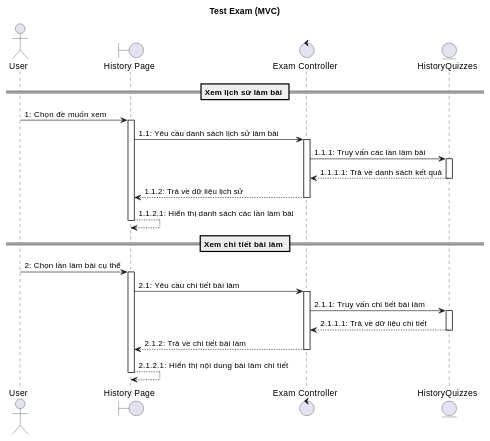
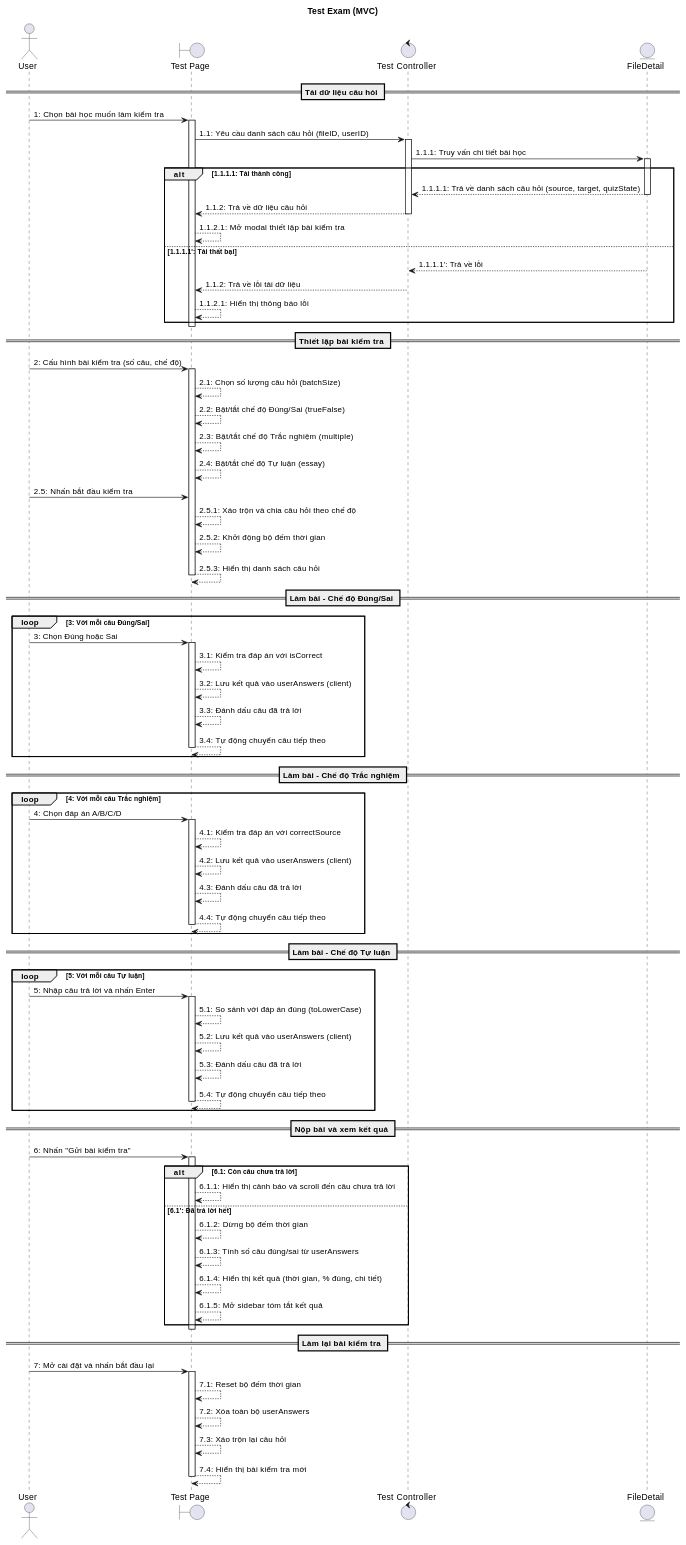
One commit to quangnguyen11111111/LearnFast changed the sixth of 10 diagrams in readmeSequence.md. Above: the diagram before and after it, drawn with PlantUML. The commit also changed other lines of this file and 1 other file, not shown here.

````diff
--- a/readmeSequence.md
+++ b/readmeSequence.md
@@ -500,36 +600,99 @@
 @startuml
 title Test Exam (MVC)
 actor "User" as User
-boundary "History Page" as View
-control "Exam Controller" as Controller
-entity "HistoryQuizzes" as MHistory
+boundary "Test Page" as View
+control "Test Controller" as Controller
+entity "FileDetail" as MFileDetail
 
-== Xem lịch sử làm bài ==
-User -> View: 1: Chọn đề muốn xem
+== Tải dữ liệu câu hỏi ==
+User -> View: 1: Chọn bài học muốn làm kiểm tra
 activate View
-View -> Controller: 1.1: Yêu cầu danh sách lịch sử làm bài
+View -> Controller: 1.1: Yêu cầu danh sách câu hỏi (fileID, userID)
 activate Controller
-Controller -> MHistory: 1.1.1: Truy vấn các lần làm bài
-activate MHistory
-MHistory --> Controller: 1.1.1.1: Trả về danh sách kết quả
-deactivate MHistory
-Controller --> View: 1.1.2: Trả về dữ liệu lịch sử
-deactivate Controller
-View --> View: 1.1.2.1: Hiển thị danh sách các lần làm bài
+Controller -> MFileDetail: 1.1.1: Truy vấn chi tiết bài học
+activate MFileDetail
+
+alt 1.1.1.1: Tải thành công
+    MFileDetail --> Controller: 1.1.1.1: Trả về danh sách câu hỏi (source, target, quizState)
+    deactivate MFileDetail
+    Controller --> View: 1.1.2: Trả về dữ liệu câu hỏi
+    deactivate Controller
+    View --> View: 1.1.2.1: Mở modal thiết lập bài kiểm tra
+else 1.1.1.1': Tải thất bại
+    MFileDetail --> Controller: 1.1.1.1': Trả về lỗi
+    deactivate MFileDetail
+    Controller --> View: 1.1.2: Trả về lỗi tải dữ liệu
+    deactivate Controller
+    View --> View: 1.1.2.1: Hiển thị thông báo lỗi
+end
 deactivate View
 
-== Xem chi tiết bài làm ==
-User -> View: 2: Chọn lần làm bài cụ thể
+== Thiết lập bài kiểm tra ==
+User -> View: 2: Cấu hình bài kiểm tra (số câu, chế độ)
 activate View
-View -> Controller: 2.1: Yêu cầu chi tiết bài làm
-activate Controller
-Controller -> MHistory: 2.1.1: Truy vấn chi tiết bài làm
-activate MHistory
-MHistory --> Controller: 2.1.1.1: Trả về dữ liệu chi tiết
-deactivate MHistory
-Controller --> View: 2.1.2: Trả về chi tiết bài làm
-deactivate Controller
-View --> View: 2.1.2.1: Hiển thị nội dung bài làm chi tiết
+View --> View: 2.1: Chọn số lượng câu hỏi (batchSize)
+View --> View: 2.2: Bật/tắt chế độ Đúng/Sai (trueFalse)
+View --> View: 2.3: Bật/tắt chế độ Trắc nghiệm (multiple)
+View --> View: 2.4: Bật/tắt chế độ Tự luận (essay)
+User -> View: 2.5: Nhấn bắt đầu kiểm tra
+View --> View: 2.5.1: Xáo trộn và chia câu hỏi theo chế độ
+View --> View: 2.5.2: Khởi động bộ đếm thời gian
+View --> View: 2.5.3: Hiển thị danh sách câu hỏi
+deactivate View
+
+== Làm bài - Chế độ Đúng/Sai ==
+loop 3: Với mỗi câu Đúng/Sai
+    User -> View: 3: Chọn Đúng hoặc Sai
+    activate View
+    View --> View: 3.1: Kiểm tra đáp án với isCorrect
+    View --> View: 3.2: Lưu kết quả vào userAnswers (client)
+    View --> View: 3.3: Đánh dấu câu đã trả lời
+    View --> View: 3.4: Tự động chuyển câu tiếp theo
+    deactivate View
+end
+
+== Làm bài - Chế độ Trắc nghiệm ==
+loop 4: Với mỗi câu Trắc nghiệm
+    User -> View: 4: Chọn đáp án A/B/C/D
+    activate View
+    View --> View: 4.1: Kiểm tra đáp án với correctSource
+    View --> View: 4.2: Lưu kết quả vào userAnswers (client)
+    View --> View: 4.3: Đánh dấu câu đã trả lời
+    View --> View: 4.4: Tự động chuyển câu tiếp theo
+    deactivate View
+end
+
+== Làm bài - Chế độ Tự luận ==
+loop 5: Với mỗi câu Tự luận
+    User -> View: 5: Nhập câu trả lời và nhấn Enter
+    activate View
+    View --> View: 5.1: So sánh với đáp án đúng (toLowerCase)
+    View --> View: 5.2: Lưu kết quả vào userAnswers (client)
+    View --> View: 5.3: Đánh dấu câu đã trả lời
+    View --> View: 5.4: Tự động chuyển câu tiếp theo
+    deactivate View
+end
+
+== Nộp bài và xem kết quả ==
+User -> View: 6: Nhấn "Gửi bài kiểm tra"
+activate View
+alt 6.1: Còn câu chưa trả lời
+    View --> View: 6.1.1: Hiển thị cảnh báo và scroll đến câu chưa trả lời
+else 6.1': Đã trả lời hết
+    View --> View: 6.1.2: Dừng bộ đếm thời gian
+    View --> View: 6.1.3: Tính số câu đúng/sai từ userAnswers
+    View --> View: 6.1.4: Hiển thị kết quả (thời gian, % đúng, chi tiết)
+    View --> View: 6.1.5: Mở sidebar tóm tắt kết quả
+end
+deactivate View
+
+== Làm lại bài kiểm tra ==
+User -> View: 7: Mở cài đặt và nhấn bắt đầu lại
+activate View
+View --> View: 7.1: Reset bộ đếm thời gian
+View --> View: 7.2: Xóa toàn bộ userAnswers
+View --> View: 7.3: Xáo trộn lại câu hỏi
+View --> View: 7.4: Hiển thị bài kiểm tra mới
 deactivate View
 @enduml
 ```
````
